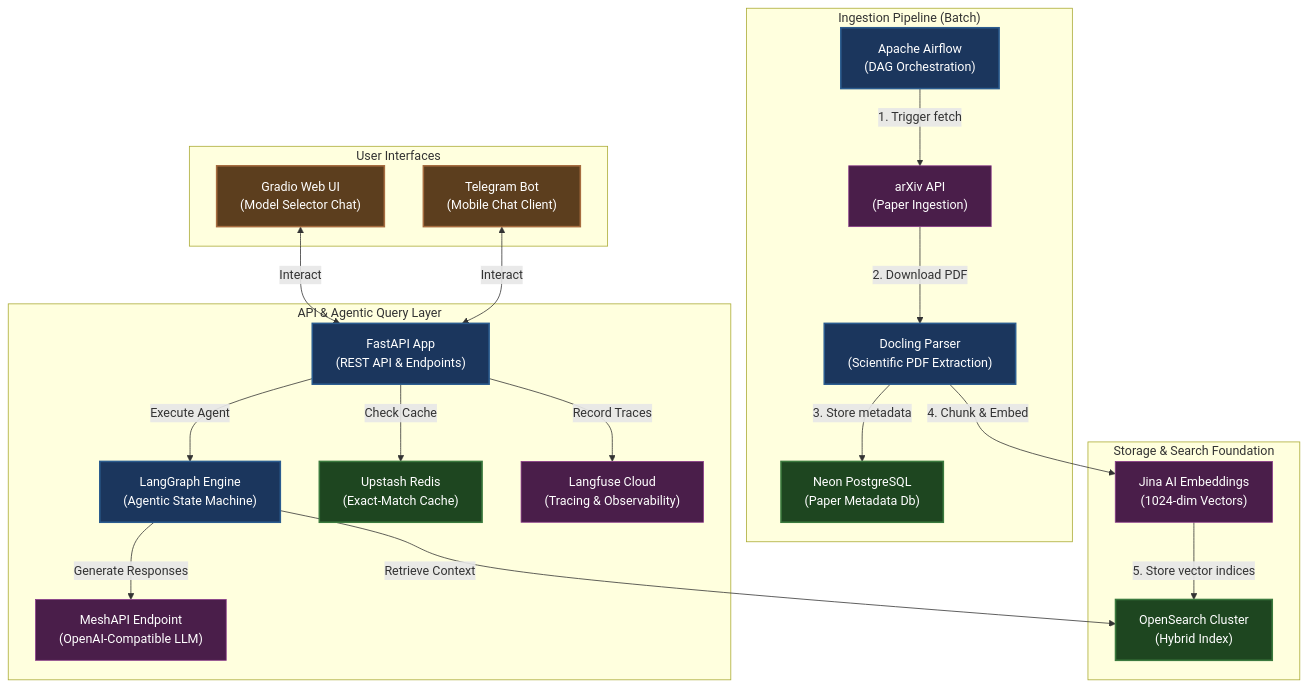
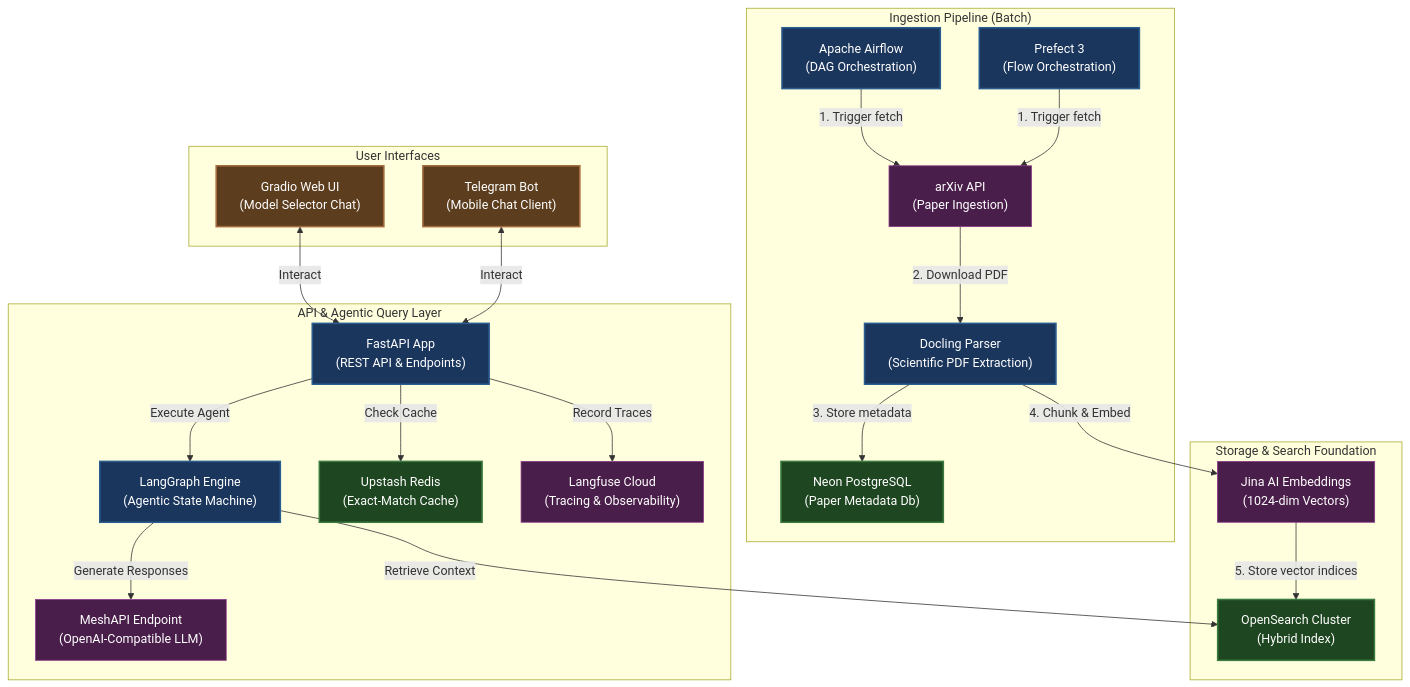
One commit to Murtuzasaifee/ArxivLens changed the first of 5 diagrams in README.md. Above: the diagram before and after it, drawn with Mermaid. The commit also changed other lines of this file and 2 other files, not shown here.

Commit message:
Updated readme with prefect details

````diff
--- a/README.md
+++ b/README.md
@@ -42,53 +44,55 @@
 ```mermaid
 graph TD
     %% Styling
     classDef infra fill:#1c1c1c,stroke:#444,stroke-width:1px,color:#ddd;
     classDef service fill:#1b365d,stroke:#2b5c8f,stroke-width:2px,color:#fff;
     classDef db fill:#1e4620,stroke:#3b7a3e,stroke-width:2px,color:#fff;
     classDef client fill:#5c3e1e,stroke:#a66c3f,stroke-width:2px,color:#fff;
     classDef external fill:#4a1e4a,stroke:#8a3a8a,stroke-width:1px,color:#fff;
 
     %% Ingestion Flow
     subgraph Ingestion ["Ingestion Pipeline (Batch)"]
         Airflow["Apache Airflow<br>(DAG Orchestration)"]:::service
+        Prefect["Prefect 3<br>(Flow Orchestration)"]:::service
         ArxivAPI["arXiv API<br>(Paper Ingestion)"]:::external
         Docling["Docling Parser<br>(Scientific PDF Extraction)"]:::service
         Postgres["Neon PostgreSQL<br>(Paper Metadata Db)"]:::db
     end
 
     %% Storage & Indexing
     subgraph Storage ["Storage & Search Foundation"]
         OpenSearch["OpenSearch Cluster<br>(Hybrid Index)"]:::db
         JinaAI["Jina AI Embeddings<br>(1024-dim Vectors)"]:::external
     end
 
     %% Query Pipeline
     subgraph API_Services ["API & Agentic Query Layer"]
         FastAPI["FastAPI App<br>(REST API & Endpoints)"]:::service
         LangGraph["LangGraph Engine<br>(Agentic State Machine)"]:::service
         MeshAPI["MeshAPI Endpoint<br>(OpenAI-Compatible LLM)"]:::external
         Redis["Upstash Redis<br>(Exact-Match Cache)"]:::db
         Langfuse["Langfuse Cloud<br>(Tracing & Observability)"]:::external
     end
 
     %% Clients
     subgraph Clients ["User Interfaces"]
         Gradio["Gradio Web UI<br>(Model Selector Chat)"]:::client
         Telegram["Telegram Bot<br>(Mobile Chat Client)"]:::client
     end
 
     %% Ingestion Connections
     Airflow -->|1. Trigger fetch| ArxivAPI
+    Prefect -->|1. Trigger fetch| ArxivAPI
     ArxivAPI -->|2. Download PDF| Docling
     Docling -->|3. Store metadata| Postgres
     Docling -->|4. Chunk & Embed| JinaAI
     JinaAI -->|5. Store vector indices| OpenSearch
 
     %% Query Connections
     Gradio & Telegram <-->|Interact| FastAPI
     FastAPI -->|Check Cache| Redis
     FastAPI -->|Record Traces| Langfuse
     FastAPI -->|Execute Agent| LangGraph
     LangGraph -->|Retrieve Context| OpenSearch
     LangGraph -->|Generate Responses| MeshAPI
 ```
````
